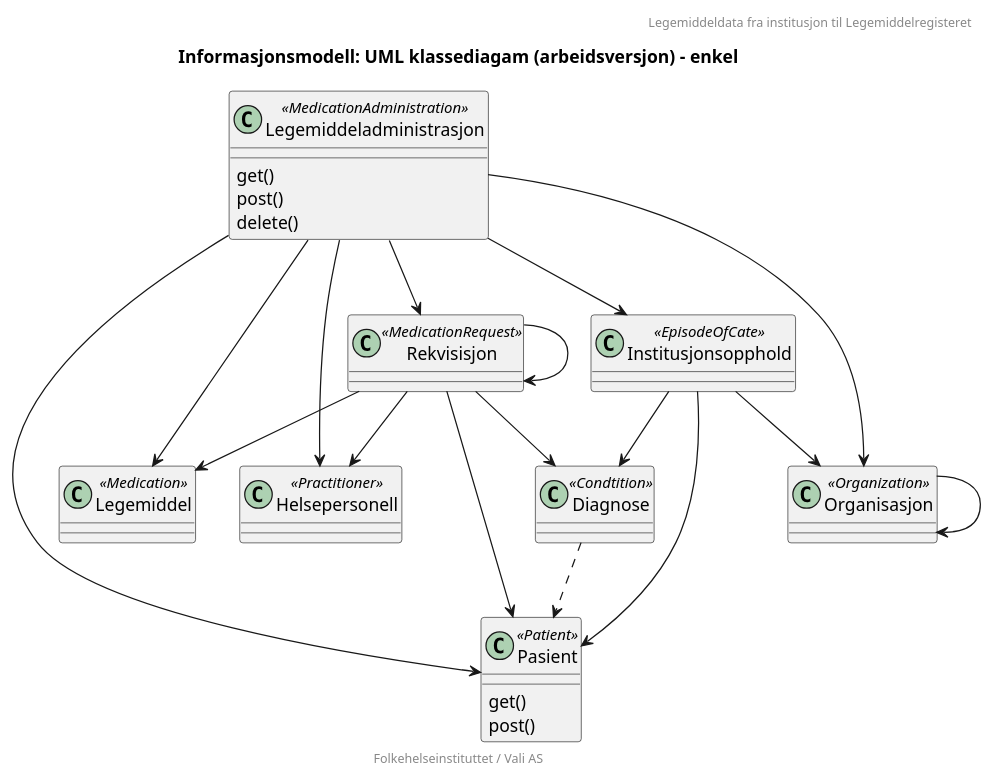
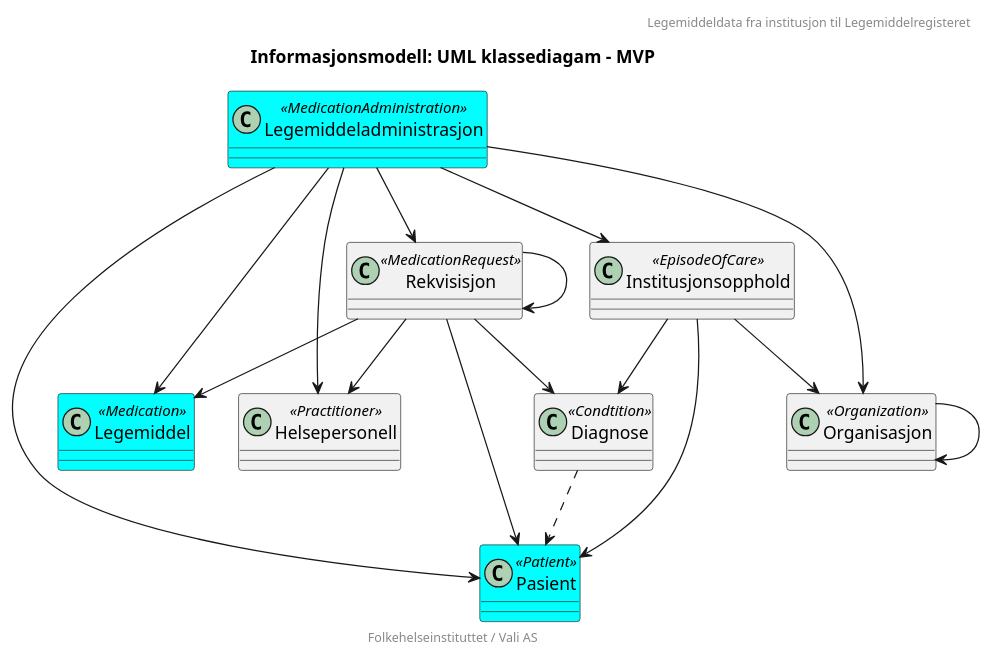
The diagram in currentbuild/informasjonsmodell-enkel.plantuml (HL7Norway/LMDI), drawn with PlantUML before and after one commit. The commit also changed 353 other files, not shown here.

```diff
--- a/currentbuild/informasjonsmodell-enkel.plantuml
+++ b/currentbuild/informasjonsmodell-enkel.plantuml
@@ -1,56 +1,51 @@
 @startuml
 
 header "Legemiddeldata fra institusjon til Legemiddelregisteret"
-title "Informasjonsmodell: UML klassediagam (arbeidsversjon) - enkel"
+title "Informasjonsmodell: UML klassediagam - MVP"
 footer "Folkehelseinstituttet / Vali AS"
 
-class Pasient <<Patient>> {
-get()
-post()
+class Pasient <<Patient>> #cyan {
 }
 
-class Legemiddeladministrasjon <<MedicationAdministration>> {
-get()
-post()
-delete()
+class Legemiddeladministrasjon <<MedicationAdministration>> #cyan {
 }
 
 Legemiddeladministrasjon --> Legemiddel 
 Legemiddeladministrasjon --> Pasient
 Legemiddeladministrasjon --> Helsepersonell
 Legemiddeladministrasjon --> Organisasjon
 Legemiddeladministrasjon --> Rekvisisjon
 Legemiddeladministrasjon --> Institusjonsopphold
 
-class Legemiddel <<Medication>> {
+class Legemiddel <<Medication>> #cyan {
 }
 
 class Helsepersonell <<Practitioner>> {
 }
 class Organisasjon <<Organization>> {
 }
 
 Organisasjon --> Organisasjon
 
-class Institusjonsopphold <<EpisodeOfCate>> {
+class Institusjonsopphold <<EpisodeOfCare>> {
 }
 
 Institusjonsopphold --> Pasient
 Institusjonsopphold --> Organisasjon
 Institusjonsopphold --> Diagnose
 
 class Diagnose <<Condtition>> {
 }
 
 Diagnose ..> Pasient
 
 class Rekvisisjon <<MedicationRequest>> {
 }
 
 Rekvisisjon --> Diagnose
 Rekvisisjon --> Legemiddel
 Rekvisisjon --> Pasient
 Rekvisisjon --> Helsepersonell
 Rekvisisjon --> Rekvisisjon
 
 @enduml
```
